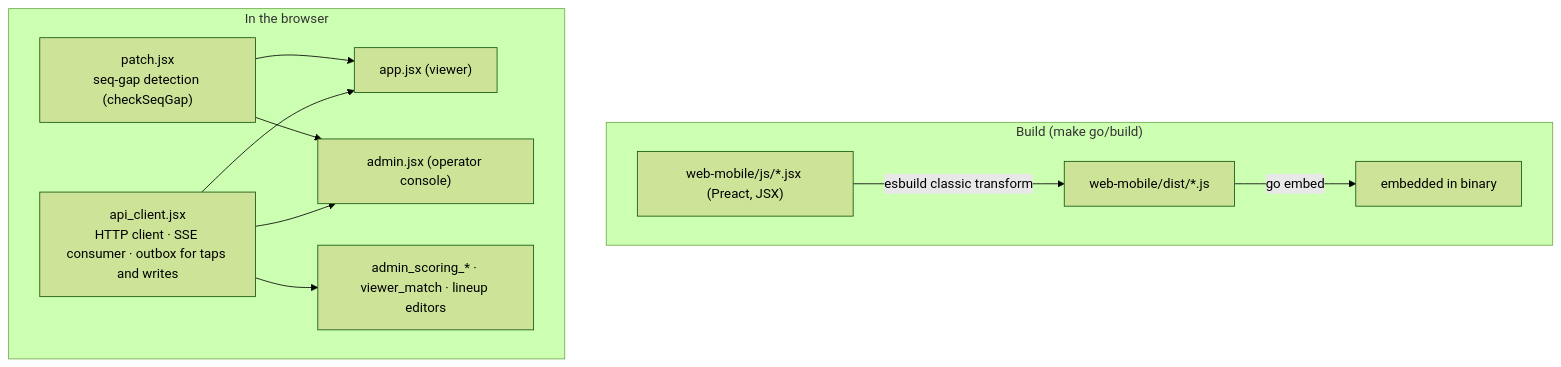
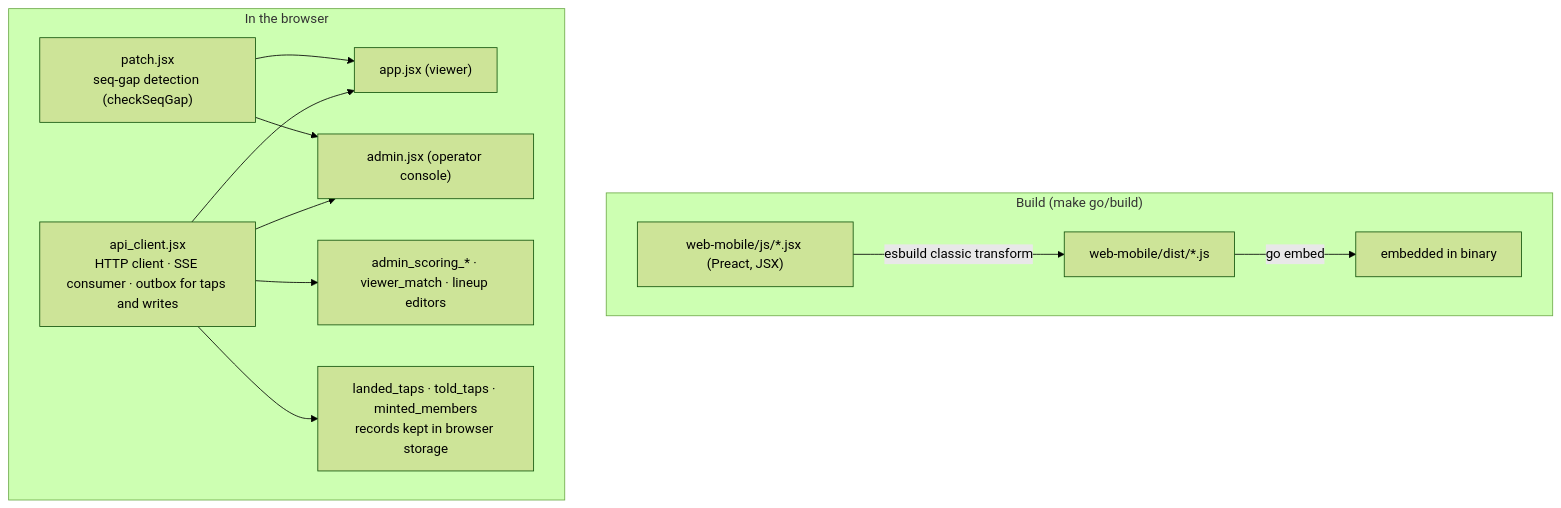
One commit to gitrgoliveira/bracket-creator changed the eighth of 8 diagrams in docs/architecture/software-architecture.md. Above: the diagram before and after it, drawn with Mermaid (forest theme). The commit also changed other lines of this file and 2 other files, not shown here.

First line of the commit message:
docs(bc-evts): stage 6, the architecture diagrams show the tap cycle, which writes the outbox holds, and the answer's gaps, eventSeqs and turnedAway

````diff
--- a/docs/architecture/software-architecture.md
+++ b/docs/architecture/software-architecture.md
@@ -219,16 +220,18 @@
 ```mermaid
 flowchart TB
     subgraph build["Build (make go/build)"]
         jsx["web-mobile/js/*.jsx (Preact, JSX)"] -->|esbuild classic transform| dist["web-mobile/dist/*.js"]
         dist -->|go embed| binemb["embedded in binary"]
     end
     subgraph runtime["In the browser"]
         api["api_client.jsx<br/>HTTP client · SSE consumer · outbox for taps and writes"]
         appc["app.jsx (viewer)"]
         adminc["admin.jsx (operator console)"]
         patch["patch.jsx<br/>seq-gap detection (checkSeqGap)"]
         editors["admin_scoring_* · viewer_match · lineup editors"]
+        taps["landed_taps · told_taps · minted_members<br/>records kept in browser storage"]
         api --> appc & adminc & editors
+        api --> taps
         patch --> appc & adminc
     end
 ```
````
